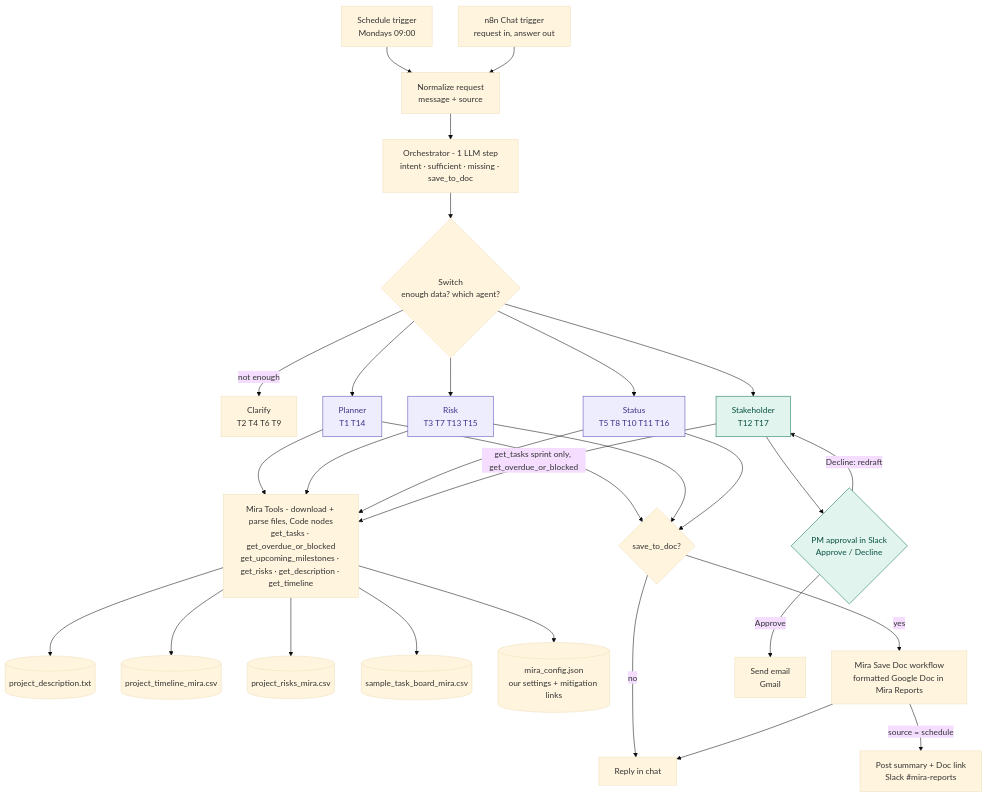
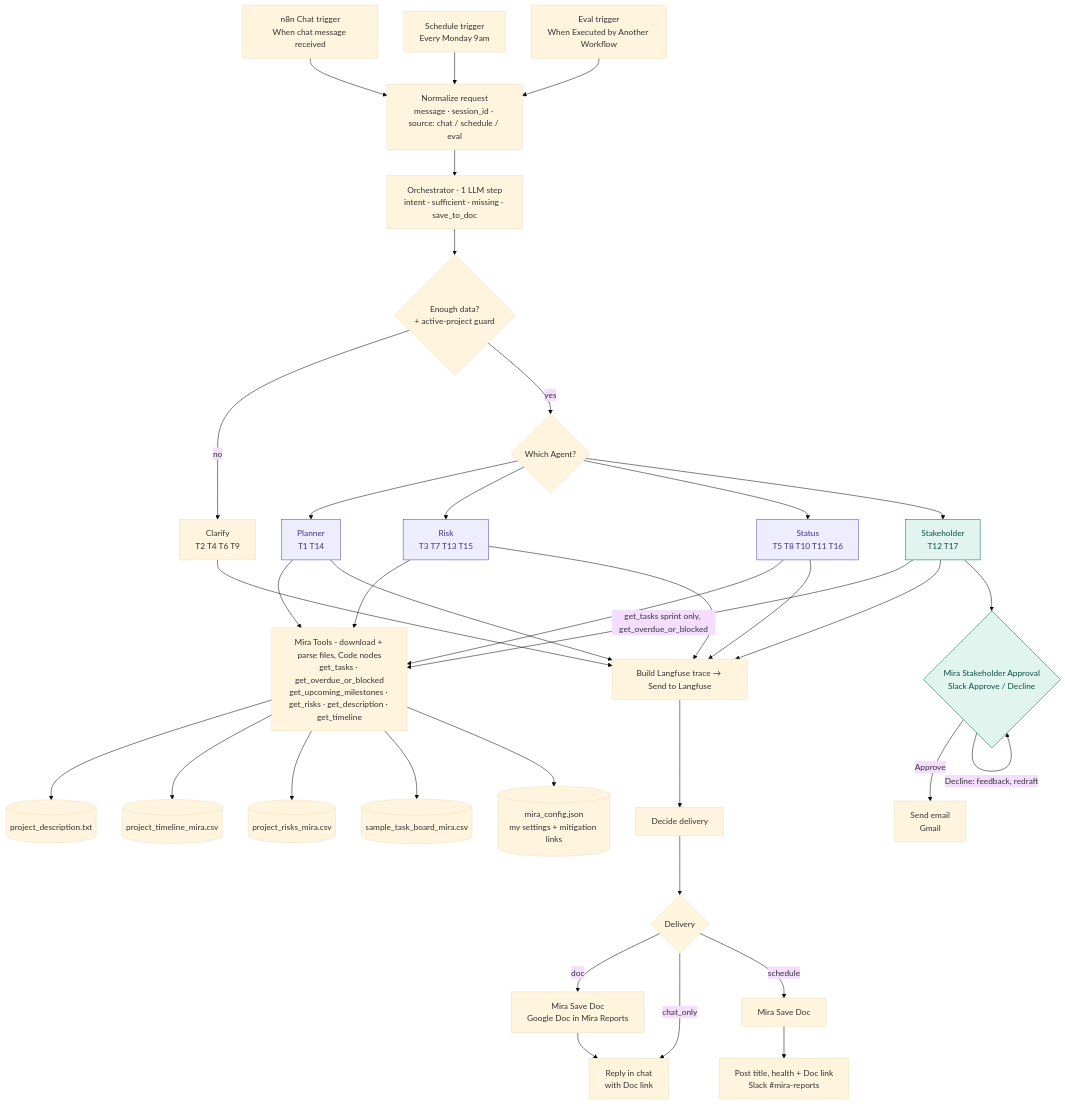
The diagram in docs/02_prd.md (colinm77/mira_capstone), drawn with Mermaid (base theme) before and after one commit. The commit also changed other lines of this file and 2 other files, not shown here.

````diff
--- a/docs/02_prd.md
+++ b/docs/02_prd.md
@@ -75,33 +75,37 @@
 ```mermaid
 flowchart TD
-    SCH[Schedule trigger<br/>Mondays 09:00] --> NR
-    U[n8n Chat trigger<br/>request in, answer out] --> NR[Normalize request<br/>message + source]
-    NR --> O[Orchestrator - 1 LLM step<br/>intent · sufficient · missing · save_to_doc]
-    O --> SW{Switch<br/>enough data? which agent?}
-    SW -- not enough --> C[Clarify<br/>T2 T4 T6 T9]
+    U[n8n Chat trigger<br/>When chat message received] --> NR
+    SCH[Schedule trigger<br/>Every Monday 9am] --> NR
+    EV[Eval trigger<br/>When Executed by Another Workflow] --> NR
+    NR[Normalize request<br/>message · session_id · source: chat / schedule / eval] --> O[Orchestrator - 1 LLM step<br/>intent · sufficient · missing · save_to_doc]
+    O --> G{Enough data?<br/>+ active-project guard}
+    G -- no --> C[Clarify<br/>T2 T4 T6 T9]
+    G -- yes --> SW{Which Agent?}
     SW --> P[Planner<br/>T1 T14]
     SW --> R[Risk<br/>T3 T7 T13 T15]
     SW --> ST[Status<br/>T5 T8 T10 T11 T16]
     SW --> K[Stakeholder<br/>T12 T17]
     P & R & ST --> TL
     K -- get_tasks sprint only, get_overdue_or_blocked --> TL
     TL[Mira Tools - download + parse files, Code nodes<br/>get_tasks · get_overdue_or_blocked<br/>get_upcoming_milestones · get_risks · get_description · get_timeline]
     TL --> D1[(project_description.txt)]
     TL --> D2[(project_timeline_mira.csv)]
     TL --> D3[(project_risks_mira.csv)]
     TL --> D4[(sample_task_board_mira.csv)]
-    TL --> D5[(mira_config.json<br/>our settings + mitigation links)]
-    P & R & ST --> SV{save_to_doc?}
-    SV -- yes --> GD[Mira Save Doc workflow<br/>formatted Google Doc in Mira Reports]
-    SV -- no --> RP[Reply in chat]
-    GD --> RP
-    GD -- source = schedule --> SL[Post summary + Doc link<br/>Slack #mira-reports]
-    K --> H{PM approval in Slack<br/>Approve / Decline}
+    TL --> D5[(mira_config.json<br/>my settings + mitigation links)]
+    C & P & R & ST & K --> LF[Build Langfuse trace → Send to Langfuse]
+    LF --> DD[Decide delivery]
+    DD --> DS{Delivery}
+    DS -- doc --> GD[Mira Save Doc<br/>Google Doc in Mira Reports]
+    GD --> RP[Reply in chat<br/>with Doc link]
+    DS -- chat_only --> RP
+    DS -- schedule --> GS[Mira Save Doc] --> SL[Post title, health + Doc link<br/>Slack #mira-reports]
+    K --> H{Mira Stakeholder Approval<br/>Slack Approve / Decline}
     H -- Approve --> E[Send email<br/>Gmail]
-    H -- Decline: redraft --> K
+    H -- Decline: feedback, redraft --> H
 
     classDef core fill:#EEEDFE,stroke:#534AB7,color:#3C3489
     classDef ext fill:#E1F5EE,stroke:#0F6E56,color:#085041
     class P,R,ST core
     class K,H ext
 ```
````
